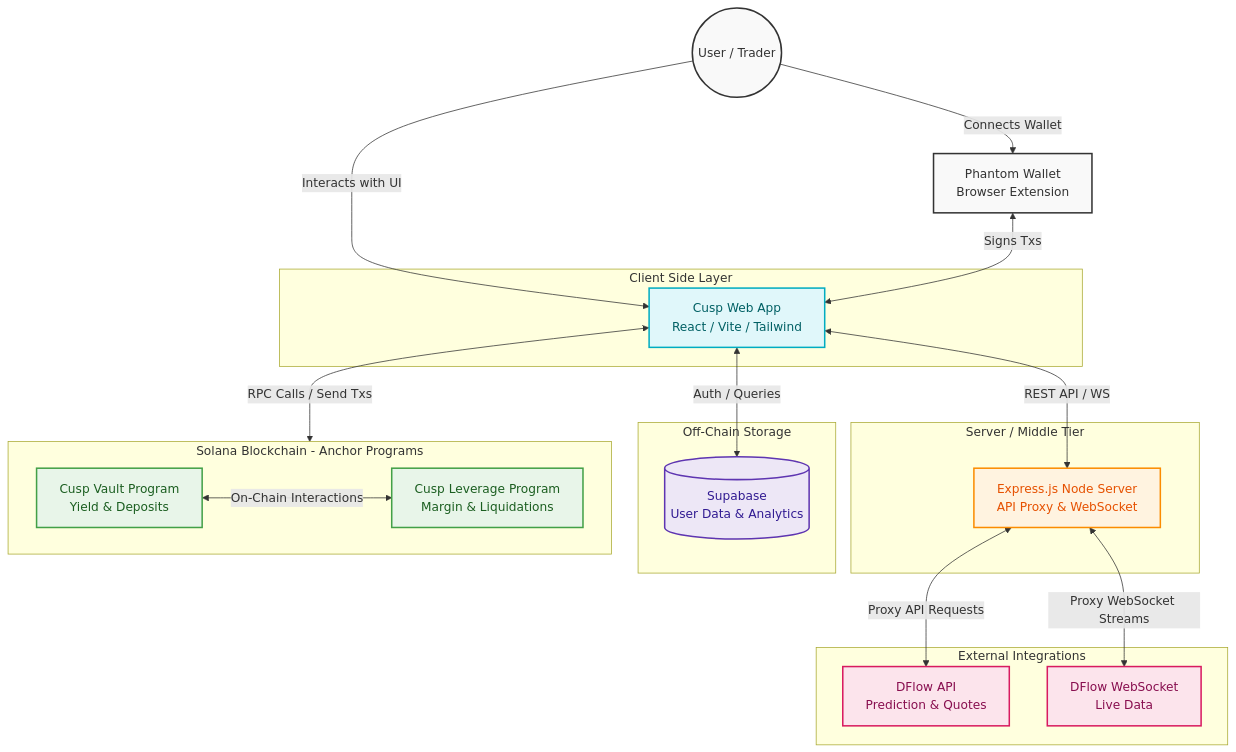
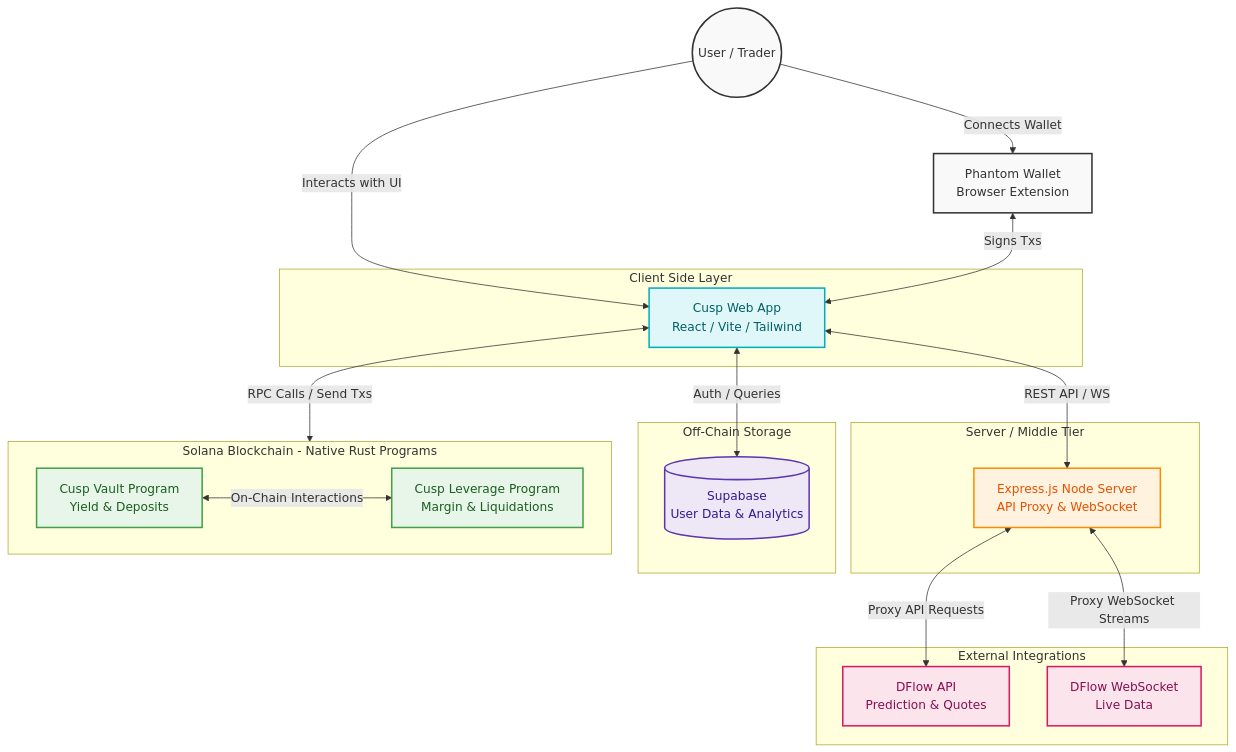
One commit to Adityaakr/cusp-fi changed the diagram in architecture.md. Above: the diagram before and after it, drawn with Mermaid. The commit also changed other lines of this file and 12 other files, not shown here.

````diff
--- a/architecture.md
+++ b/architecture.md
@@ -9,47 +9,47 @@
 ```mermaid
 flowchart TD
     %% Styling
     classDef user fill:#f9f9f9,stroke:#333,stroke-width:2px,color:#333
     classDef frontend fill:#e0f7fa,stroke:#00acc1,stroke-width:2px,color:#006064
     classDef backend fill:#fff3e0,stroke:#fb8c00,stroke-width:2px,color:#e65100
     classDef external fill:#fce4ec,stroke:#d81b60,stroke-width:2px,color:#880e4f
     classDef onchain fill:#e8f5e9,stroke:#43a047,stroke-width:2px,color:#1b5e20
     classDef db fill:#ede7f6,stroke:#5e35b1,stroke-width:2px,color:#311b92
 
     User((User / Trader)):::user -->|Connects Wallet| Phantom[Phantom Wallet\nBrowser Extension]:::user
     User -->|Interacts with UI| WebApp[Cusp Web App\nReact / Vite / Tailwind]:::frontend
     
     Phantom <-->|Signs Txs| WebApp
     
     subgraph Frontend [Client Side Layer]
         WebApp
     end
 
     subgraph Backend [Server / Middle Tier]
         NodeProxy[Express.js Node Server\nAPI Proxy & WebSocket]:::backend
     end
 
     subgraph OffChain [Off-Chain Storage]
         Supabase[(Supabase\nUser Data & Analytics)]:::db
     end
 
     subgraph ThirdParty [External Integrations]
         DFlowAPI[DFlow API\nPrediction & Quotes]:::external
         DFlowWS[DFlow WebSocket\nLive Data]:::external
     end
 
-    subgraph Solana [Solana Blockchain - Anchor Programs]
+    subgraph Solana [Solana Blockchain - Native Rust Programs]
         Vault[Cusp Vault Program\nYield & Deposits]:::onchain
         Leverage[Cusp Leverage Program\nMargin & Liquidations]:::onchain
     end
 
     %% Flow connections
     WebApp <-->|REST API / WS| NodeProxy
     WebApp <-->|Auth / Queries| Supabase
     WebApp <-->|RPC Calls / Send Txs| Solana
     
     NodeProxy <-->|Proxy API Requests| DFlowAPI
     NodeProxy <-->|Proxy WebSocket Streams| DFlowWS
     
     Vault <-->|On-Chain Interactions| Leverage
 ```
````
